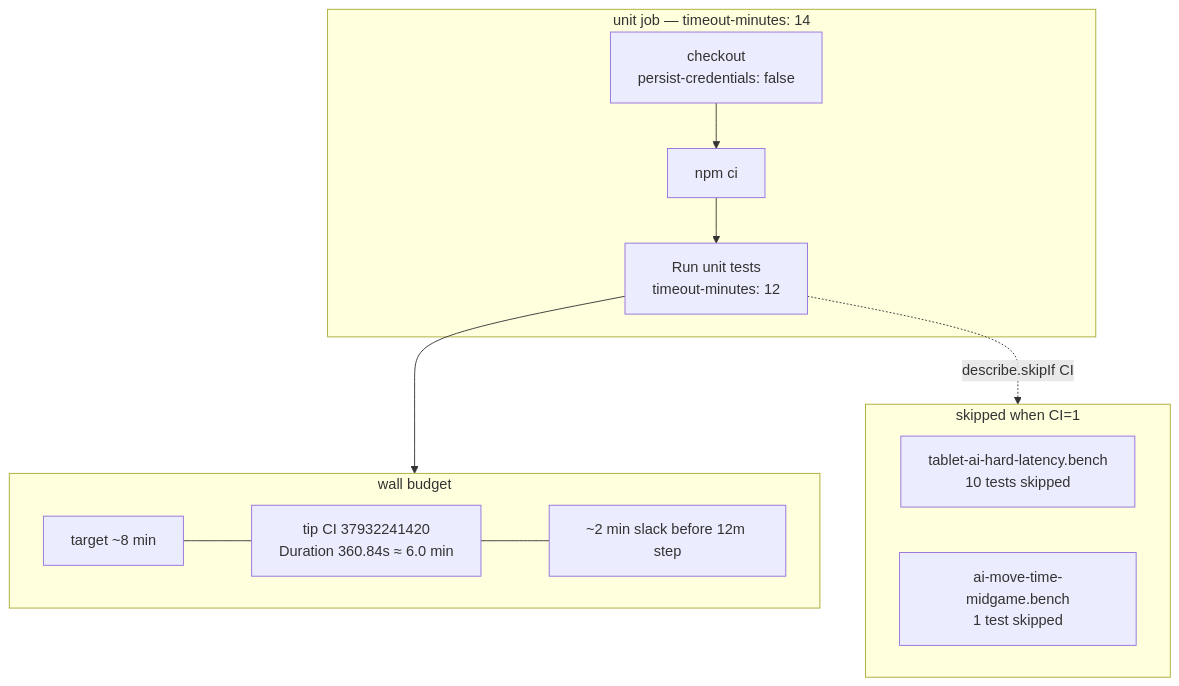
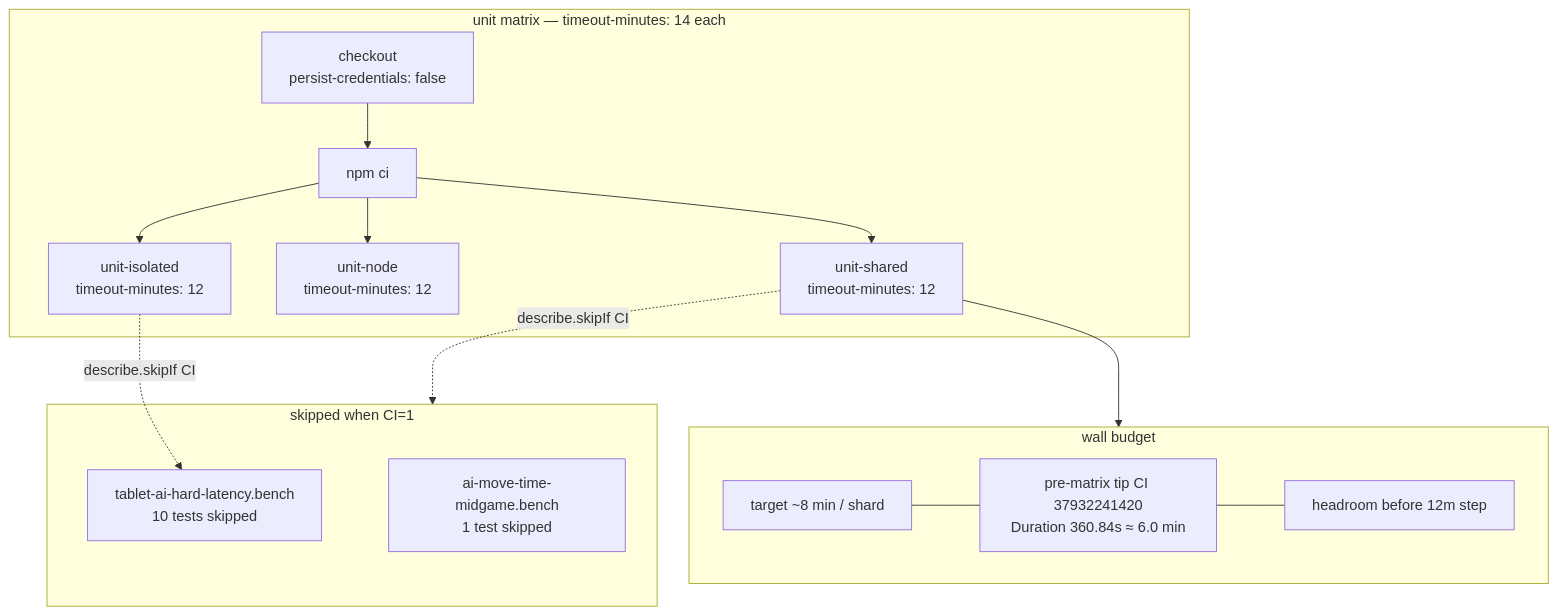
The diagram in docs/wiki/ci-unit-budget.md (fuzzywigg/math-pentathlon), drawn with Mermaid before and after one commit. The commit also changed other lines of this file and 7 other files, not shown here.

First line of the commit message:
q-mp-142: shard CI unit job by vitest project matrix

````diff
--- a/docs/wiki/ci-unit-budget.md
+++ b/docs/wiki/ci-unit-budget.md
@@ -32,24 +35,30 @@
 ```mermaid
 flowchart TB
-  subgraph job ["unit job — timeout-minutes: 14"]
+  subgraph job ["unit matrix — timeout-minutes: 14 each"]
     co["checkout<br/>persist-credentials: false"]
     ci["npm ci"]
-    step["Run unit tests<br/>timeout-minutes: 12"]
-    co --> ci --> step
+    shared["unit-shared<br/>timeout-minutes: 12"]
+    node["unit-node<br/>timeout-minutes: 12"]
+    isol["unit-isolated<br/>timeout-minutes: 12"]
+    co --> ci
+    ci --> shared
+    ci --> node
+    ci --> isol
   end
 
   subgraph budget ["wall budget"]
-    target["target ~8 min"]
-    observed["tip CI 37932241420<br/>Duration 360.84s ≈ 6.0 min"]
-    slack["~2 min slack before 12m step"]
+    target["target ~8 min / shard"]
+    observed["pre-matrix tip CI 37932241420<br/>Duration 360.84s ≈ 6.0 min"]
+    slack["headroom before 12m step"]
     target --- observed --- slack
   end
 
   subgraph skip ["skipped when CI=1"]
     t["tablet-ai-hard-latency.bench<br/>10 tests skipped"]
     m["ai-move-time-midgame.bench<br/>1 test skipped"]
   end
 
-  step --> budget
-  step -.->|describe.skipIf CI| skip
+  shared --> budget
+  shared -.->|describe.skipIf CI| skip
+  isol -.->|describe.skipIf CI| t
 ```
````
